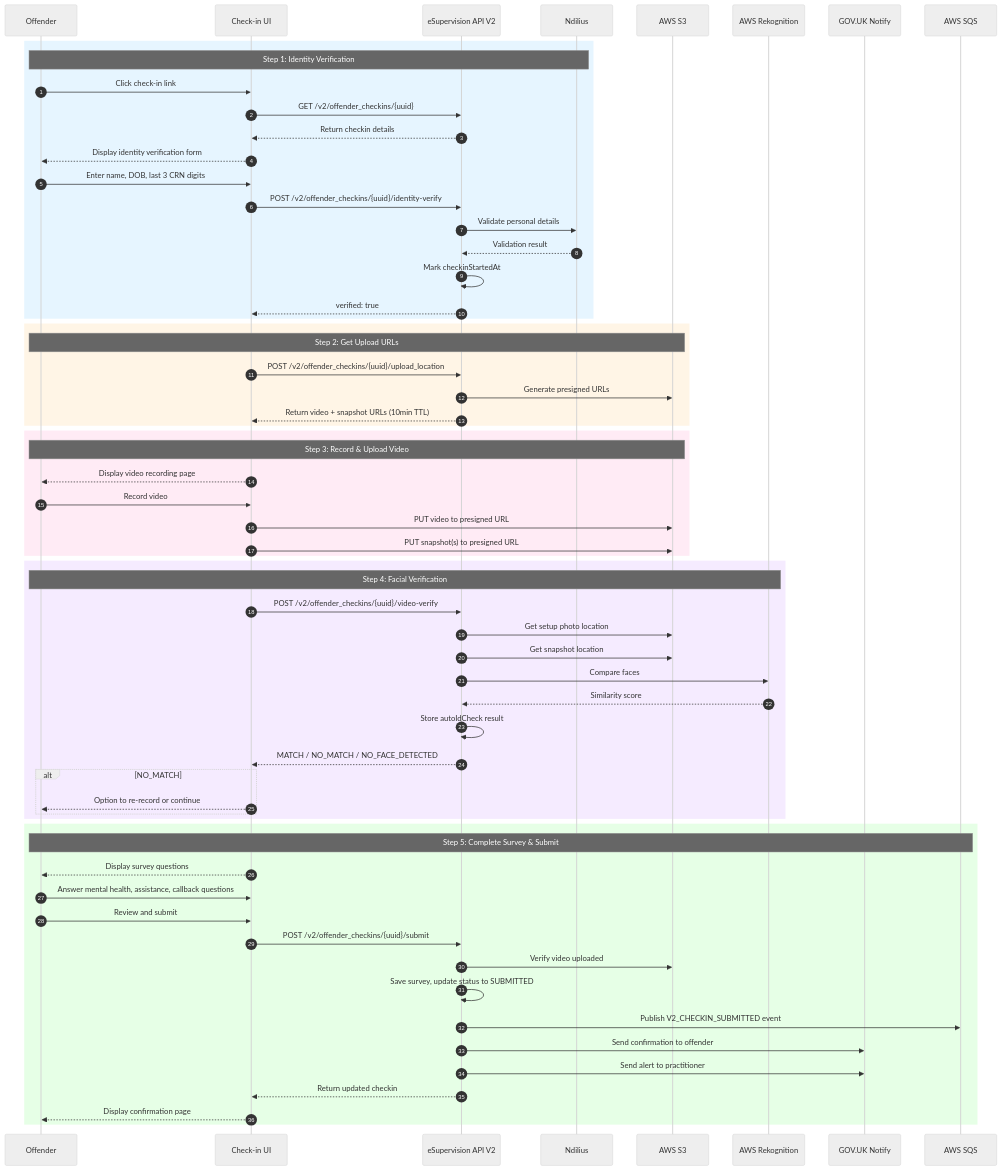
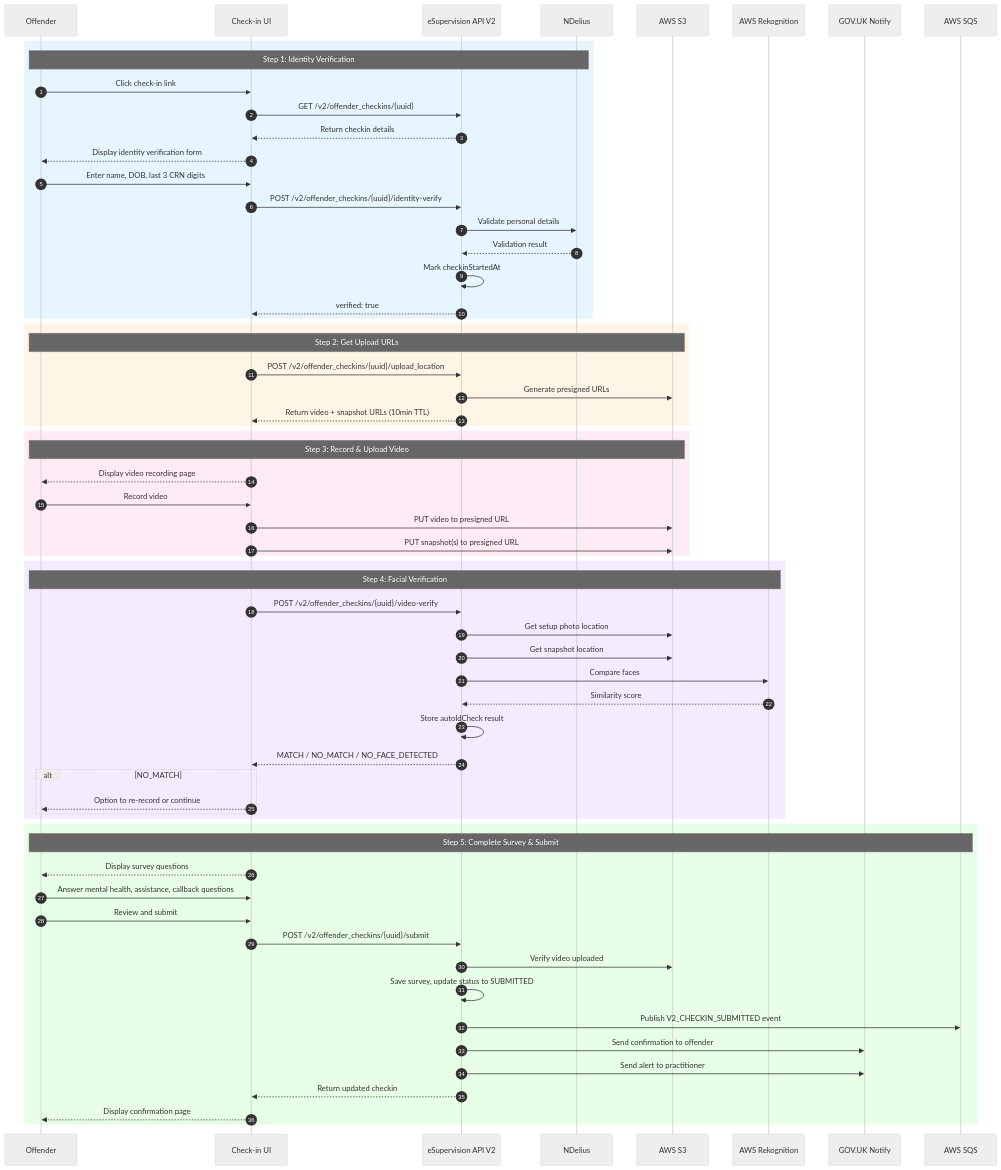
The second of 4 diagrams in docs/v2/USER_JOURNEYS.md (ministryofjustice/hmpps-esupervision-api), drawn with Mermaid (neutral theme) before and after one commit. The commit also changed other lines of this file and 8 other files, not shown here.

Commit message:
Update ndilius to NDelius in docs

````diff
--- a/docs/v2/USER_JOURNEYS.md
+++ b/docs/v2/USER_JOURNEYS.md
@@ -81,71 +81,71 @@
 ```mermaid
 sequenceDiagram
     autonumber
     participant O as Offender
     participant UI as Check-in UI
     participant API as eSupervision API V2
-    participant Ndilius as Ndilius
+    participant NDelius as NDelius
     participant S3 as AWS S3
     participant Rekog as AWS Rekognition
     participant Notify as GOV.UK Notify
     participant SQS as AWS SQS
 
     rect rgb(230, 245, 255)
-        note over O,Ndilius: Step 1: Identity Verification
+        note over O,NDelius: Step 1: Identity Verification
         O->>UI: Click check-in link
         UI->>API: GET /v2/offender_checkins/{uuid}
         API-->>UI: Return checkin details
         UI-->>O: Display identity verification form
         O->>UI: Enter name, DOB, last 3 CRN digits
         UI->>API: POST /v2/offender_checkins/{uuid}/identity-verify
-        API->>Ndilius: Validate personal details
-        Ndilius-->>API: Validation result
+        API->>NDelius: Validate personal details
+        NDelius-->>API: Validation result
         API->>API: Mark checkinStartedAt
         API-->>UI: verified: true
     end
 
     rect rgb(255, 245, 230)
         note over O,S3: Step 2: Get Upload URLs
         UI->>API: POST /v2/offender_checkins/{uuid}/upload_location
         API->>S3: Generate presigned URLs
         API-->>UI: Return video + snapshot URLs (10min TTL)
     end
 
     rect rgb(255, 235, 245)
         note over O,S3: Step 3: Record & Upload Video
         UI-->>O: Display video recording page
         O->>UI: Record video
         UI->>S3: PUT video to presigned URL
         UI->>S3: PUT snapshot(s) to presigned URL
     end
 
     rect rgb(245, 235, 255)
         note over O,Rekog: Step 4: Facial Verification
         UI->>API: POST /v2/offender_checkins/{uuid}/video-verify
         API->>S3: Get setup photo location
         API->>S3: Get snapshot location
         API->>Rekog: Compare faces
         Rekog-->>API: Similarity score
         API->>API: Store autoIdCheck result
         API-->>UI: MATCH / NO_MATCH / NO_FACE_DETECTED
 
         alt NO_MATCH
             UI-->>O: Option to re-record or continue
         end
     end
 
     rect rgb(230, 255, 230)
         note over O,SQS: Step 5: Complete Survey & Submit
         UI-->>O: Display survey questions
         O->>UI: Answer mental health, assistance, callback questions
         O->>UI: Review and submit
         UI->>API: POST /v2/offender_checkins/{uuid}/submit
         API->>S3: Verify video uploaded
         API->>API: Save survey, update status to SUBMITTED
         API->>SQS: Publish V2_CHECKIN_SUBMITTED event
         API->>Notify: Send confirmation to offender
         API->>Notify: Send alert to practitioner
         API-->>UI: Return updated checkin
         UI-->>O: Display confirmation page
     end
 ```
````
